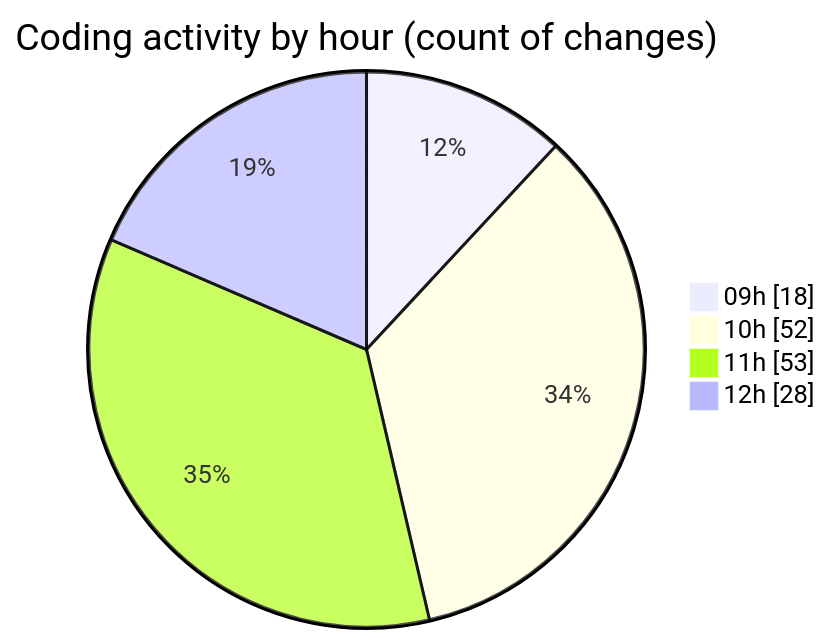
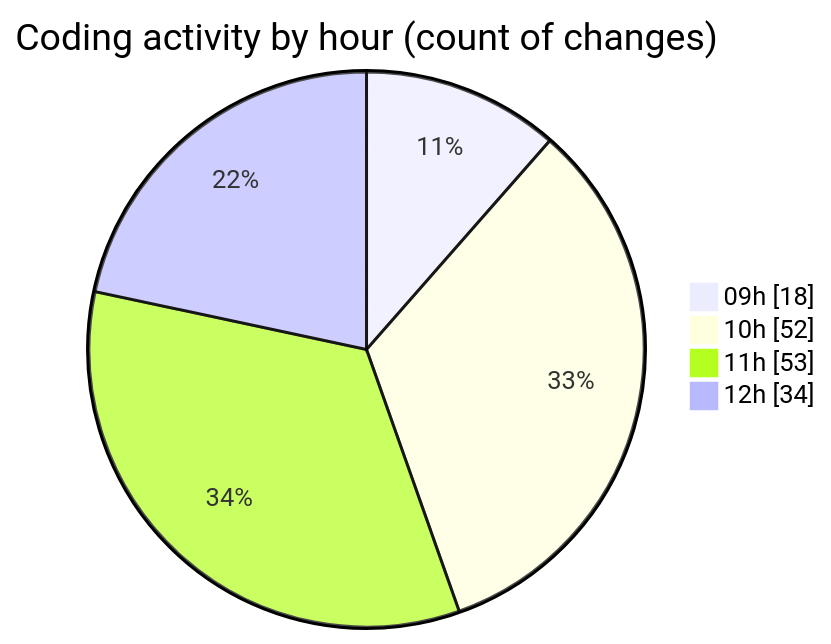
One commit to momahboobian/code-tracking changed the second of 2 diagrams in 2025-03-21/cda/README.md. Above: the diagram before and after it, drawn with Mermaid. The commit also changed other lines of this file and 1 other file, not shown here.

````diff
--- a/2025-03-21/cda/README.md
+++ b/2025-03-21/cda/README.md
@@ -42,8 +42,8 @@
 ```mermaid
 pie showData
 title Coding activity by hour (count of changes)
 "09h" : 18
 "10h" : 52
 "11h" : 53
-"12h" : 28
+"12h" : 34
 ```
````
